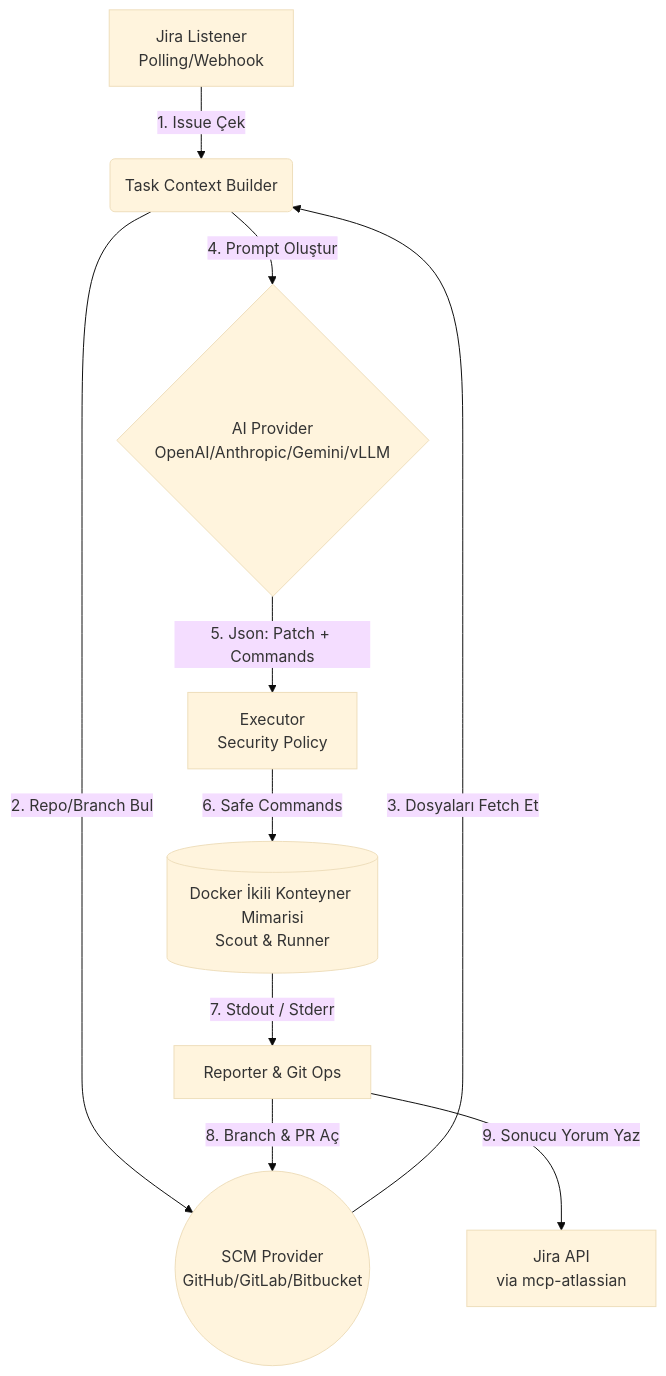
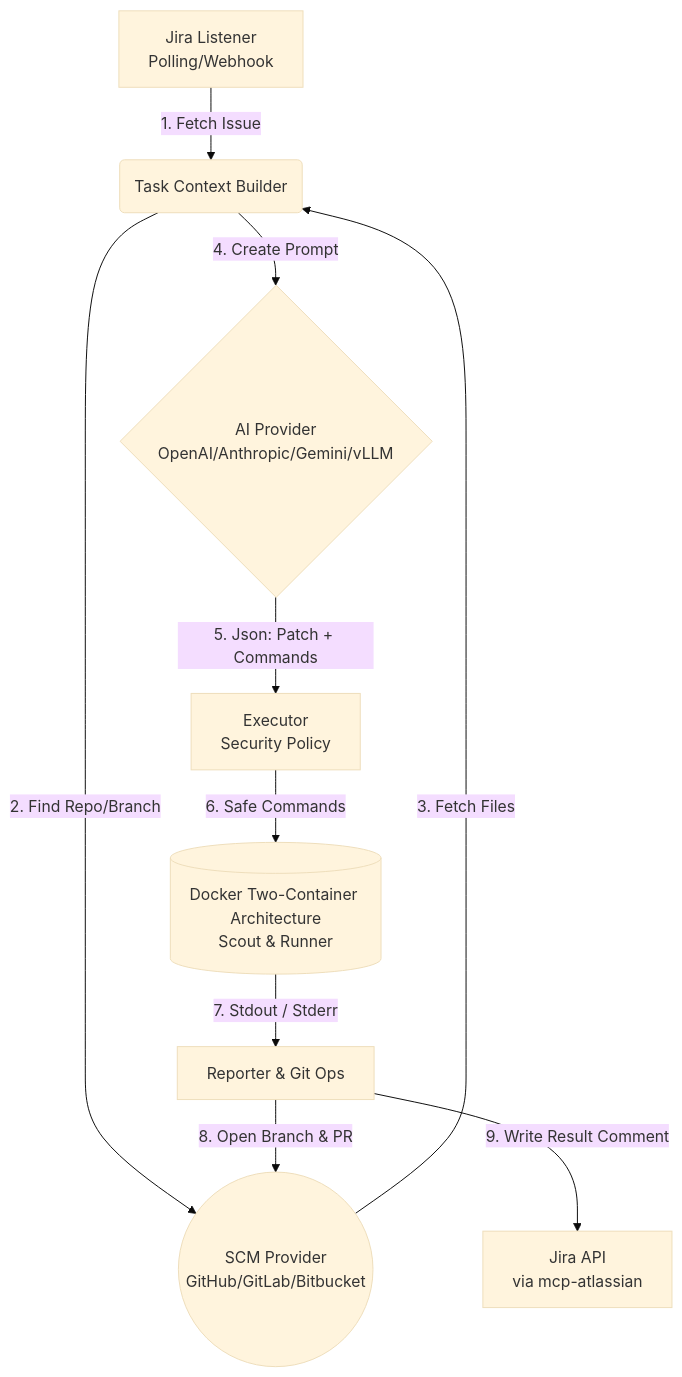
The diagram in README.md (ahmetguness/mcp-jira-automation), drawn with Mermaid (base theme) before and after one commit. The commit also changed other lines of this file and 37 other files, not shown here.

````diff
--- a/README.md
+++ b/README.md
@@ -13,12 +11,12 @@
 ```mermaid
 graph TD
-    A[Jira Listener<br/>Polling/Webhook] -->|1. Issue Çek| B(Task Context Builder)
-    B -->|2. Repo/Branch Bul| C((SCM Provider<br/>GitHub/GitLab/Bitbucket))
-    C -->|3. Dosyaları Fetch Et| B
-    B -->|4. Prompt Oluştur| D{AI Provider<br/>OpenAI/Anthropic/Gemini/vLLM}
+    A[Jira Listener<br/>Polling/Webhook] -->|1. Fetch Issue| B(Task Context Builder)
+    B -->|2. Find Repo/Branch| C((SCM Provider<br/>GitHub/GitLab/Bitbucket))
+    C -->|3. Fetch Files| B
+    B -->|4. Create Prompt| D{AI Provider<br/>OpenAI/Anthropic/Gemini/vLLM}
     D -->|5. Json: Patch + Commands| E[Executor<br/>Security Policy]
-    E -->|6. Safe Commands| F[(Docker İkili Konteyner Mimarisi<br/>Scout & Runner)]
+    E -->|6. Safe Commands| F[(Docker Two-Container Architecture<br/>Scout & Runner)]
     F -->|7. Stdout / Stderr| G[Reporter & Git Ops]
-    G -->|8. Branch & PR Aç| C
-    G -->|9. Sonucu Yorum Yaz| H[Jira API<br/>via mcp-atlassian]
+    G -->|8. Open Branch & PR| C
+    G -->|9. Write Result Comment| H[Jira API<br/>via mcp-atlassian]
 ```
````
